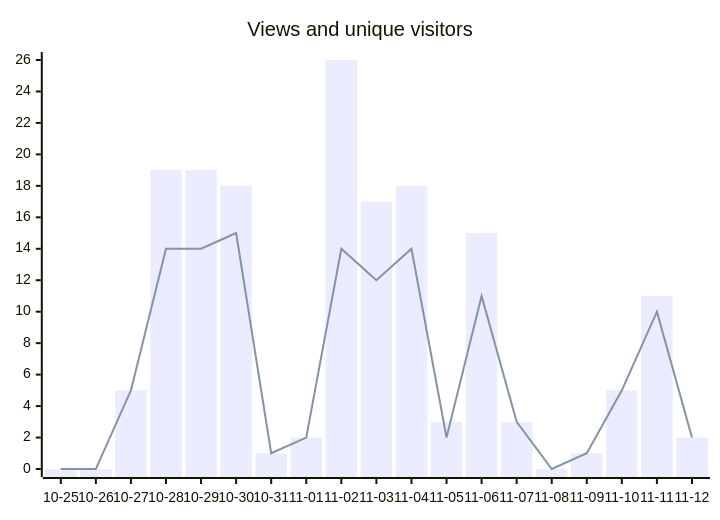
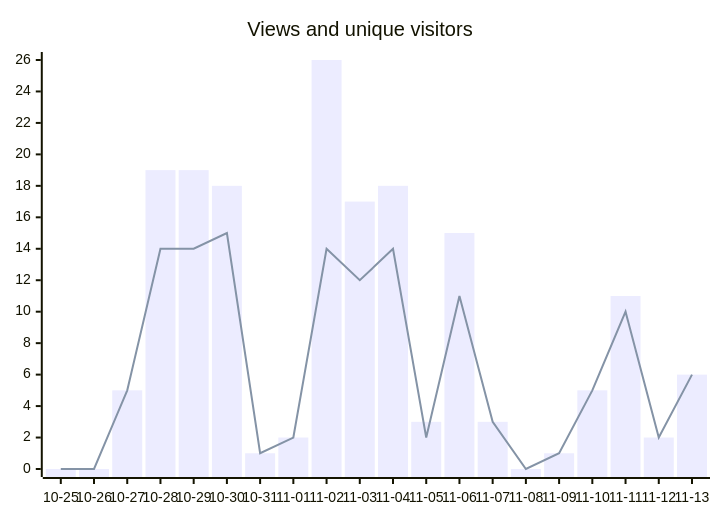
One commit to fmadore/Kalamu changed the second of 2 diagrams in README.md. Above: the diagram before and after it, drawn with Mermaid. The commit also changed other lines of this file and 3 other files, not shown here.

````diff
--- a/README.md
+++ b/README.md
@@ -68,7 +68,7 @@
 ```mermaid
 xychart-beta
     title "Views and unique visitors"
-    x-axis ["10-25", "10-26", "10-27", "10-28", "10-29", "10-30", "10-31", "11-01", "11-02", "11-03", "11-04", "11-05", "11-06", "11-07", "11-08", "11-09", "11-10", "11-11", "11-12"]
-    bar [0, 0, 5, 19, 19, 18, 1, 2, 26, 17, 18, 3, 15, 3, 0, 1, 5, 11, 2]
-    line [0, 0, 5, 14, 14, 15, 1, 2, 14, 12, 14, 2, 11, 3, 0, 1, 5, 10, 2]
+    x-axis ["10-25", "10-26", "10-27", "10-28", "10-29", "10-30", "10-31", "11-01", "11-02", "11-03", "11-04", "11-05", "11-06", "11-07", "11-08", "11-09", "11-10", "11-11", "11-12", "11-13"]
+    bar [0, 0, 5, 19, 19, 18, 1, 2, 26, 17, 18, 3, 15, 3, 0, 1, 5, 11, 2, 6]
+    line [0, 0, 5, 14, 14, 15, 1, 2, 14, 12, 14, 2, 11, 3, 0, 1, 5, 10, 2, 6]
 ```
````
